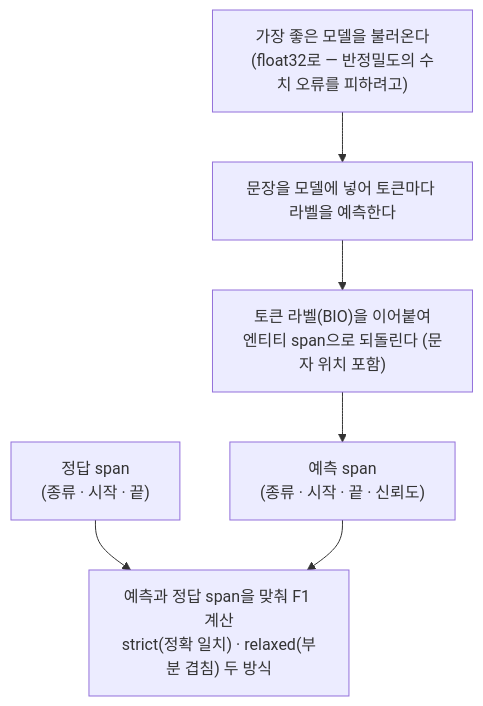
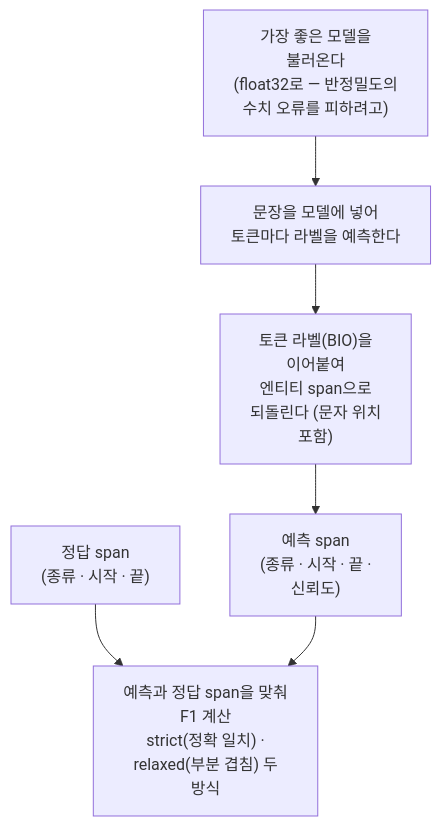
Before and after one commit to groovallstar/ner-pipeline-public: the second of 2 diagrams in docs/manual/pipeline/4-classification.md, drawn with Mermaid. The commit also changed other lines of this file and 7 other files, not shown here.

First line of the commit message:
docs: mermaid CJK 세로 잘림 해소 — 긴 라벨 줄바꿈

````diff
--- a/docs/manual/pipeline/4-classification.md
+++ b/docs/manual/pipeline/4-classification.md
@@ -234,9 +234,9 @@
 ```mermaid
 flowchart TD
-    M["가장 좋은 모델을 불러온다<br/>(float32로 — 반정밀도의 수치 오류를 피하려고)"]
-    M --> FW["문장을 모델에 넣어 토큰마다 라벨을 예측한다"]
-    FW --> DEC["토큰 라벨(BIO)을 이어붙여<br/>엔티티 span으로 되돌린다 (문자 위치 포함)"]
-    DEC --> P["예측 span<br/>(종류 · 시작 · 끝 · 신뢰도)"]
+    M["가장 좋은 모델을<br/>불러온다<br/>(float32로 — 반정밀도의<br/>수치 오류를 피하려고)"]
+    M --> FW["문장을 모델에 넣어<br/>토큰마다 라벨을 예측한다"]
+    FW --> DEC["토큰 라벨(BIO)을<br/>이어붙여<br/>엔티티 span으로<br/>되돌린다 (문자 위치<br/>포함)"]
+    DEC --> P["예측 span<br/>(종류 · 시작 · 끝 ·<br/>신뢰도)"]
     G["정답 span<br/>(종류 · 시작 · 끝)"] --> CMP
-    P --> CMP["예측과 정답 span을 맞춰 F1 계산<br/>strict(정확 일치) · relaxed(부분 겹침) 두 방식"]
+    P --> CMP["예측과 정답 span을 맞춰<br/>F1 계산<br/>strict(정확 일치) ·<br/>relaxed(부분 겹침) 두<br/>방식"]
 ```
````
